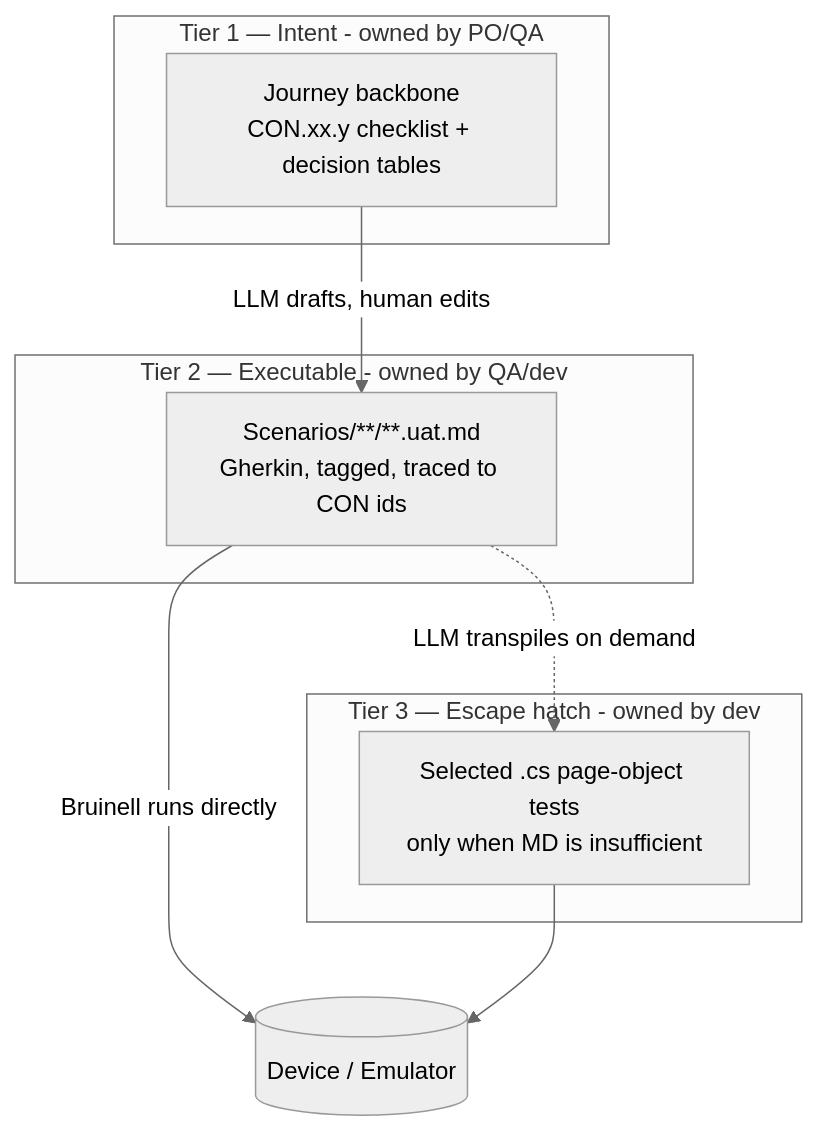
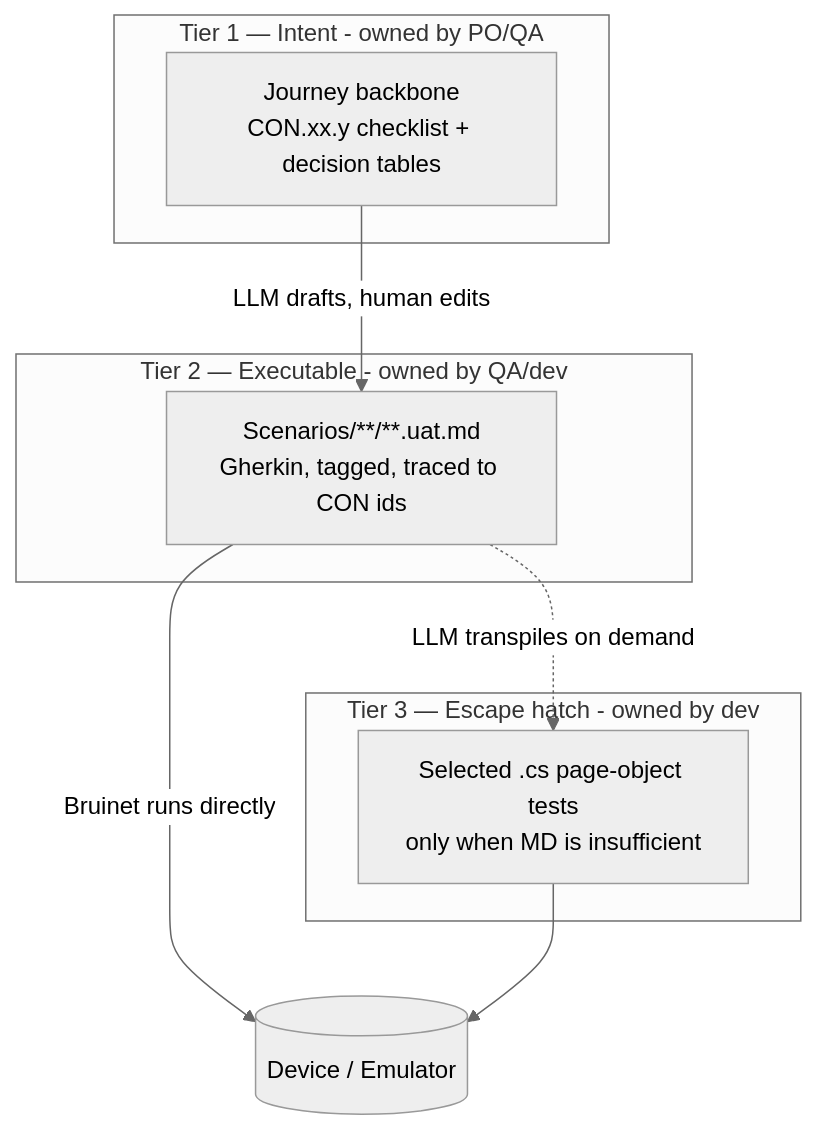
The second of 2 diagrams in .my/uat/rethinking-uat.md (jonkeda/Brinell), drawn with Mermaid (neutral theme) before and after one commit. The commit also changed other lines of this file and 4874 other files, not shown here.

Commit message:
Bruinell is now Bruinet: every project, folder, file, namespace, command, MCP server and variable (Bruinell, bruinell, BRUINELL to Bruinet, bruinet, BRUINET)

````diff
--- a/.my/uat/rethinking-uat.md
+++ b/.my/uat/rethinking-uat.md
@@ -167,16 +167,16 @@
 ```mermaid
 flowchart TD
     subgraph T1[Tier 1 — Intent - owned by PO/QA]
         J[Journey backbone\nCON.xx.y checklist + decision tables]
     end
     subgraph T2[Tier 2 — Executable - owned by QA/dev]
         G[Scenarios/**/**.uat.md\nGherkin, tagged, traced to CON ids]
     end
     subgraph T3[Tier 3 — Escape hatch - owned by dev]
         C[Selected .cs page-object tests\nonly when MD is insufficient]
     end
     J -->|LLM drafts, human edits| G
-    G -->|Bruinell runs directly| DEV[(Device / Emulator)]
+    G -->|Bruinet runs directly| DEV[(Device / Emulator)]
     G -.->|LLM transpiles on demand| C
     C --> DEV
 ```
````
